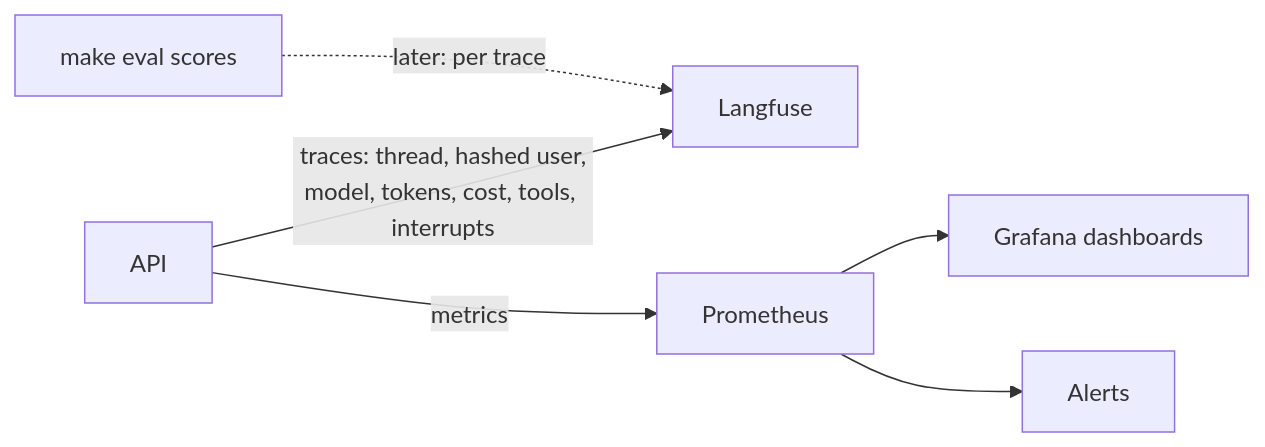
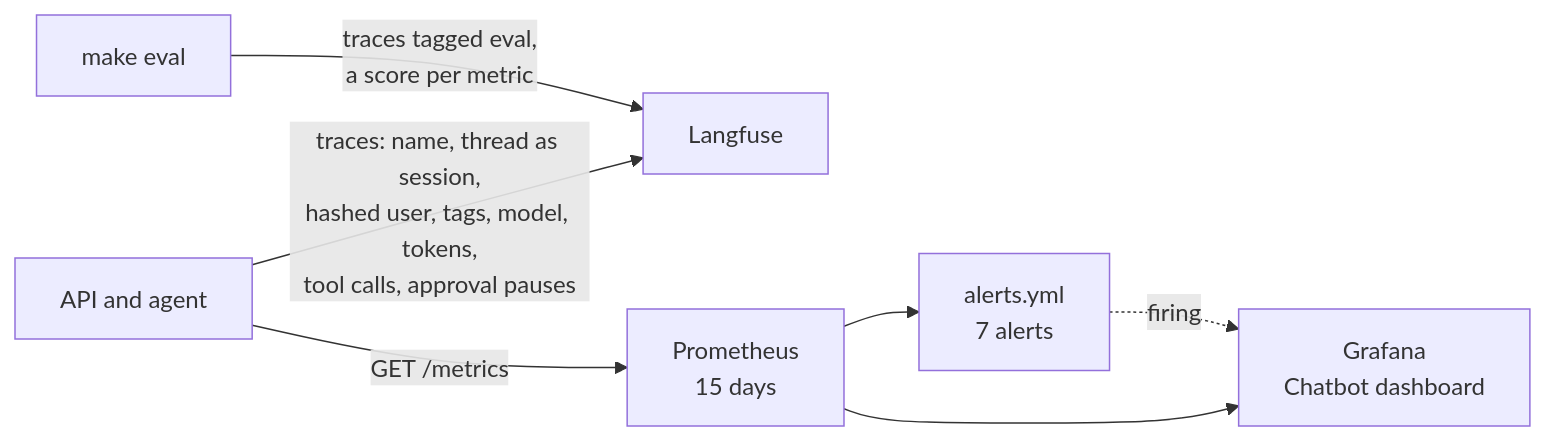
Before and after one commit to Anirudh1905/agentic-ai-chatbot: the seventh of 7 diagrams in docs/phase-8-security-observability.md, drawn with Mermaid. The commit also changed other lines of this file and 47 other files, not shown here.

First line of the commit message:
Phase 8: delete my data, secrets, injection fixes, traces, metrics, alerts

````diff
--- a/docs/phase-8-security-observability.md
+++ b/docs/phase-8-security-observability.md
@@ -237,8 +280,9 @@
 ```mermaid
 flowchart LR
-    API[API] -->|traces: thread, hashed user,<br/>model, tokens, cost, tools, interrupts| LF[Langfuse]
-    API -->|metrics| Prom[Prometheus]
-    Prom --> Graf[Grafana dashboards]
-    Prom --> Alerts[Alerts]
-    Evals[make eval scores] -.->|later: per trace| LF
+    API[API and agent] -->|"traces: name, thread as session,<br/>hashed user, tags, model, tokens,<br/>tool calls, approval pauses"| LF[Langfuse]
+    API -->|"GET /metrics"| Prom[Prometheus<br/>15 days]
+    Prom --> Rules[alerts.yml<br/>7 alerts]
+    Prom --> Graf[Grafana<br/>Chatbot dashboard]
+    Rules -.->|firing| Graf
+    Evals["make eval"] -->|"traces tagged eval,<br/>a score per metric"| LF
 ```
````
